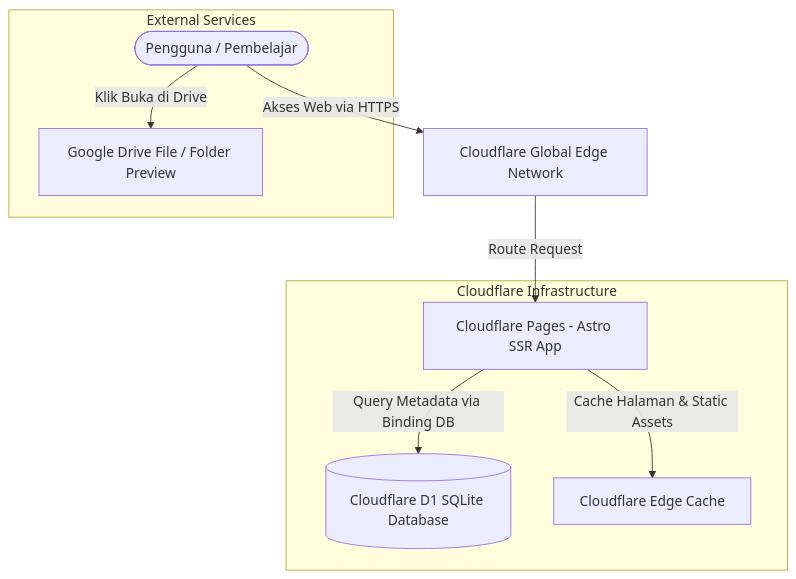
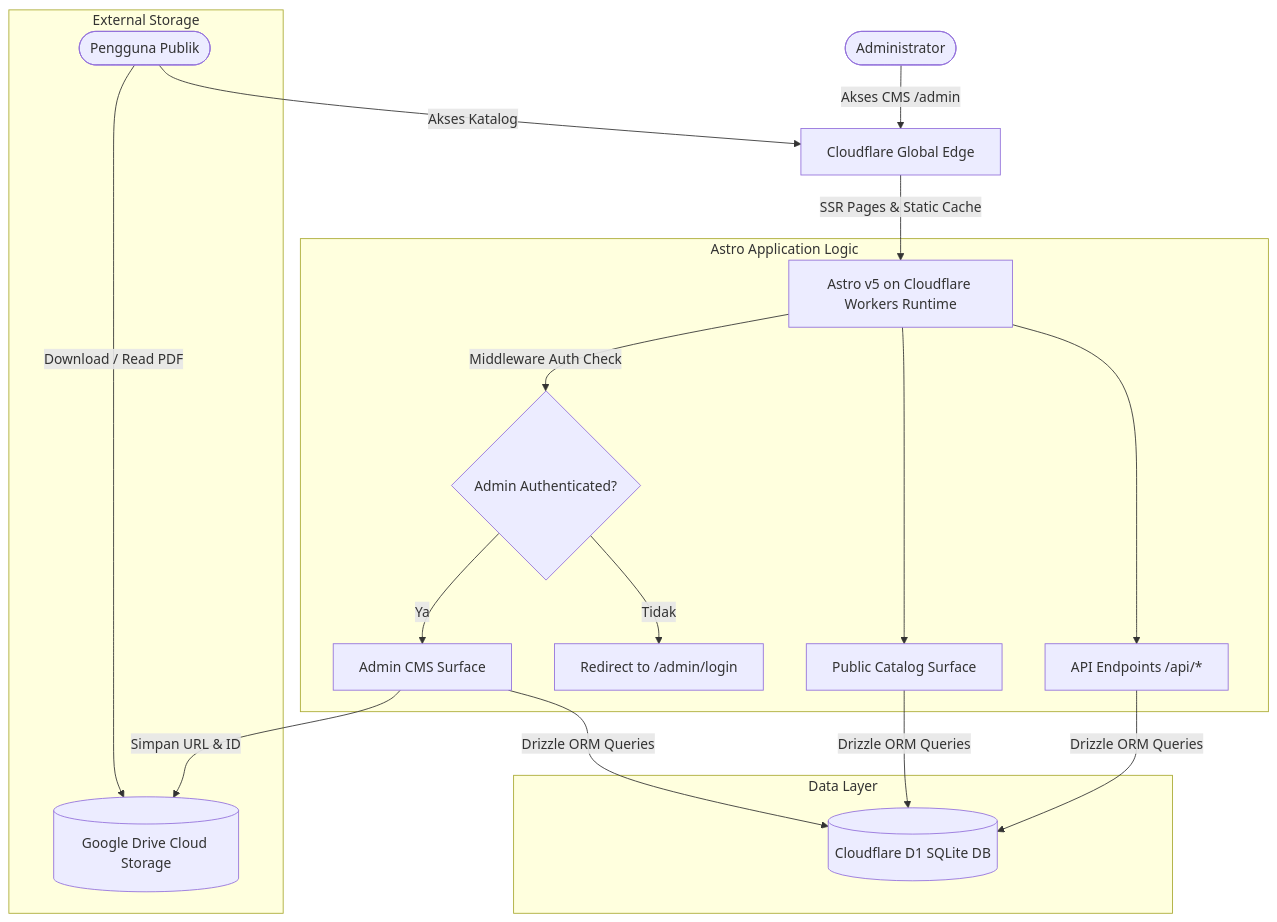
The diagram in doc/ARCHITECTURE.md (cirilalacture/Nihongo-Repo), drawn with Mermaid before and after one commit. The commit also changed other lines of this file and 4 other files, not shown here.

Commit message:
docs: expand PRD, architecture, schema, design rules, and plan to include Admin CMS module

````diff
--- a/doc/ARCHITECTURE.md
+++ b/doc/ARCHITECTURE.md
@@ -5,14 +5,26 @@
 ```mermaid
 flowchart TD
-    User([Pengguna / Pembelajar]) -->|Akses Web via HTTPS| CDN[Cloudflare Global Edge Network]
-    CDN -->|Route Request| Pages[Cloudflare Pages - Astro SSR App]
+    PublicUser([Pengguna Publik]) -->|Akses Katalog| CDN[Cloudflare Global Edge]
+    AdminUser([Administrator]) -->|Akses CMS /admin| CDN
+
+    CDN -->|SSR Pages & Static Cache| AstroApp[Astro v5 on Cloudflare Workers Runtime]
     
-    subgraph Cloudflare Infrastructure
-        Pages -->|Query Metadata via Binding DB| D1[(Cloudflare D1 SQLite Database)]
-        Pages -->|Cache Halaman & Static Assets| Cache[Cloudflare Edge Cache]
+    subgraph Astro Application Logic
+        AstroApp -->|Middleware Auth Check| AuthGuard{Admin Authenticated?}
+        AuthGuard -->|Ya| AdminCMS[Admin CMS Surface]
+        AuthGuard -->|Tidak| AdminLogin[Redirect to /admin/login]
+        AstroApp --> PublicCatalog[Public Catalog Surface]
+        AstroApp --> ApiEndpoints[API Endpoints /api/*]
     end
 
-    subgraph External Services
-        User -->|Klik Buka di Drive| GDrive[Google Drive File / Folder Preview]
+    subgraph Data Layer
+        AdminCMS -->|Drizzle ORM Queries| D1[(Cloudflare D1 SQLite DB)]
+        PublicCatalog -->|Drizzle ORM Queries| D1
+        ApiEndpoints -->|Drizzle ORM Queries| D1
+    end
+
+    subgraph External Storage
+        PublicUser -->|Download / Read PDF| GDrive[(Google Drive Cloud Storage)]
+        AdminCMS -->|Simpan URL & ID| GDrive
     end
 ```
````
